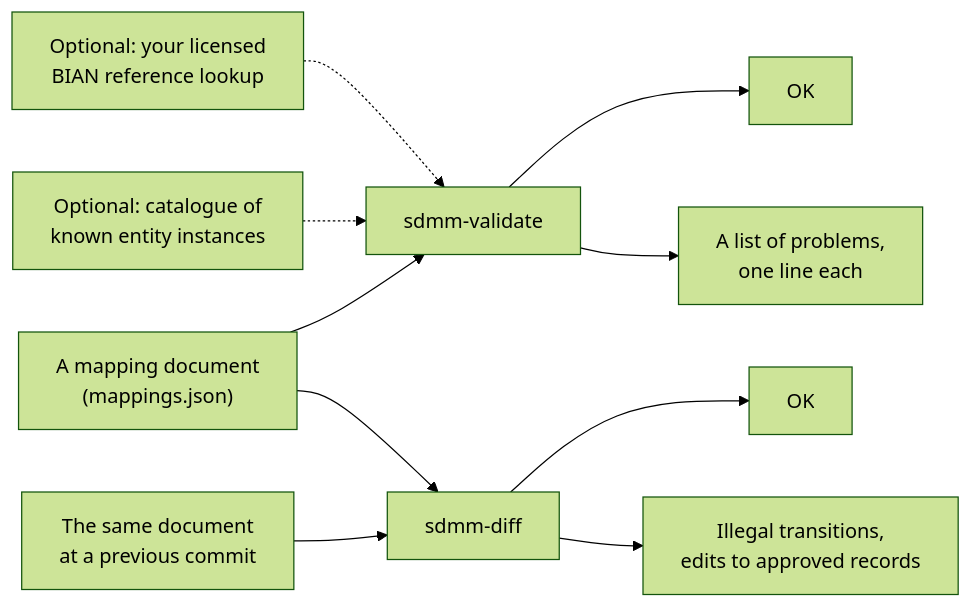
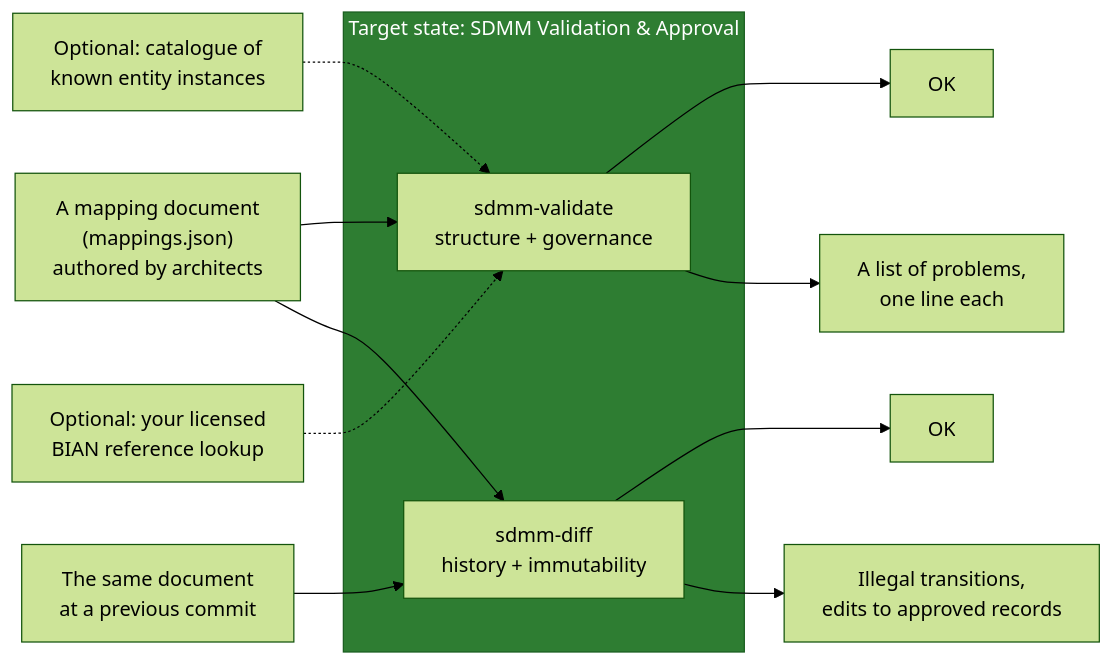
The fifth of 7 diagrams in README.md (taumoeps/bian-sdem-framework), drawn with Mermaid (forest theme) before and after one commit. The commit also changed other lines of this file, not shown here.

First line of the commit message:
README: state the context of use for Validator and Query and map each to its target-state component

````diff
--- a/README.md
+++ b/README.md
@@ -375,12 +379,21 @@
 ```mermaid
 flowchart LR
-    IN["A mapping document<br/>(mappings.json)"] --> CHK["sdmm-validate"]
-    CAT["Optional: catalogue of<br/>known entity instances"] -.-> CHK
-    REF["Optional: your licensed<br/>BIAN reference lookup"] -.-> CHK
+    IN["A mapping document<br/>(mappings.json)<br/>authored by architects"]
+    PREV["The same document<br/>at a previous commit"]
+    CAT["Optional: catalogue of<br/>known entity instances"]
+    REF["Optional: your licensed<br/>BIAN reference lookup"]
+    subgraph VALID["Target state: SDMM Validation & Approval"]
+      CHK["sdmm-validate<br/>structure + governance"]
+      DIFF["sdmm-diff<br/>history + immutability"]
+    end
+    IN --> CHK
+    CAT -.-> CHK
+    REF -.-> CHK
+    IN --> DIFF
+    PREV --> DIFF
     CHK --> OK["OK"]
     CHK --> ERR["A list of problems,<br/>one line each"]
-    PREV["The same document<br/>at a previous commit"] --> DIFF["sdmm-diff"]
-    IN --> DIFF
     DIFF --> OK2["OK"]
     DIFF --> ERR2["Illegal transitions,<br/>edits to approved records"]
+    style VALID fill:#2e7d32,color:#fff,stroke:#1b5e20
 ```
````
